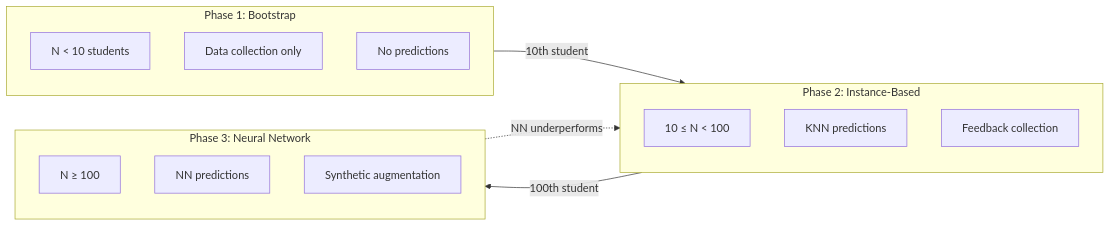
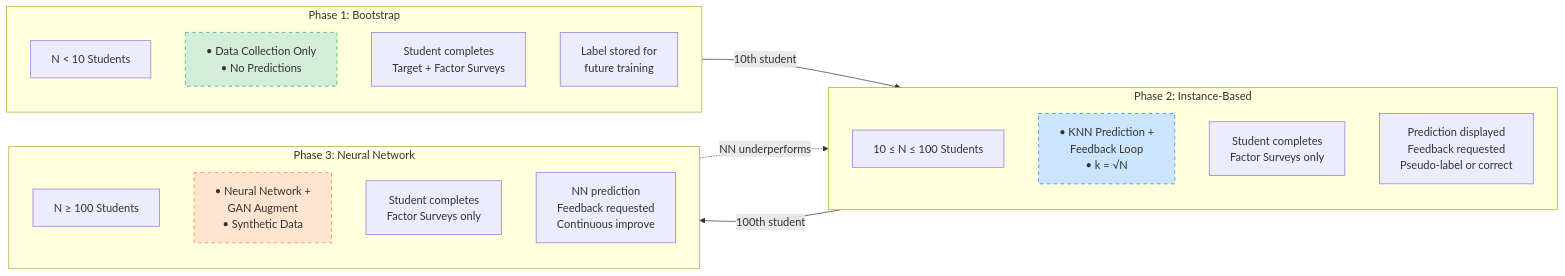
One commit to mandloideep/acosus-presentation changed the first of 2 diagrams in research-paper/current/ACOSUS-Paper-Sections-3-4.md. Above: the diagram before and after it, drawn with Mermaid. The commit also changed other lines of this file and 1 other file, not shown here.

Commit message:
Enhance Section 3.3 of ACOSUS paper with detailed descriptions of the Progressive Learning Framework phases; add flowchart for visual clarity.

````diff
--- a/research-paper/current/ACOSUS-Paper-Sections-3-4.md
+++ b/research-paper/current/ACOSUS-Paper-Sections-3-4.md
@@ -36,24 +38,31 @@
 ```mermaid
 flowchart LR
     subgraph Phase1["Phase 1: Bootstrap"]
-        P1a["N < 10 students"]
-        P1b["Data collection only"]
-        P1c["No predictions"]
+        P1head["N < 10 Students"]
+        P1box["• Data Collection Only<br/>• No Predictions"]
+        P1student["Student completes<br/>Target + Factor Surveys"]
+        P1outcome["Label stored for<br/>future training"]
     end
 
     subgraph Phase2["Phase 2: Instance-Based"]
-        P2a["10 ≤ N < 100"]
-        P2b["KNN predictions"]
-        P2c["Feedback collection"]
+        P2head["10 ≤ N ≤ 100 Students"]
+        P2box["• KNN Prediction +<br/>Feedback Loop<br/>• k = √N"]
+        P2student["Student completes<br/>Factor Surveys only"]
+        P2outcome["Prediction displayed<br/>Feedback requested<br/>Pseudo-label or correct"]
     end
 
     subgraph Phase3["Phase 3: Neural Network"]
-        P3a["N ≥ 100"]
-        P3b["NN predictions"]
-        P3c["Synthetic augmentation"]
+        P3head["N ≥ 100 Students"]
+        P3box["• Neural Network +<br/>GAN Augment<br/>• Synthetic Data"]
+        P3student["Student completes<br/>Factor Surveys only"]
+        P3outcome["NN prediction<br/>Feedback requested<br/>Continuous improve"]
     end
 
     Phase1 -->|"10th student"| Phase2
     Phase2 -->|"100th student"| Phase3
     Phase3 -.->|"NN underperforms"| Phase2
+
+    style P1box fill:#d4edda,stroke:#28a745,stroke-dasharray: 5 5
+    style P2box fill:#cce5ff,stroke:#007bff,stroke-dasharray: 5 5
+    style P3box fill:#ffe5d0,stroke:#fd7e14,stroke-dasharray: 5 5
 ```
````
